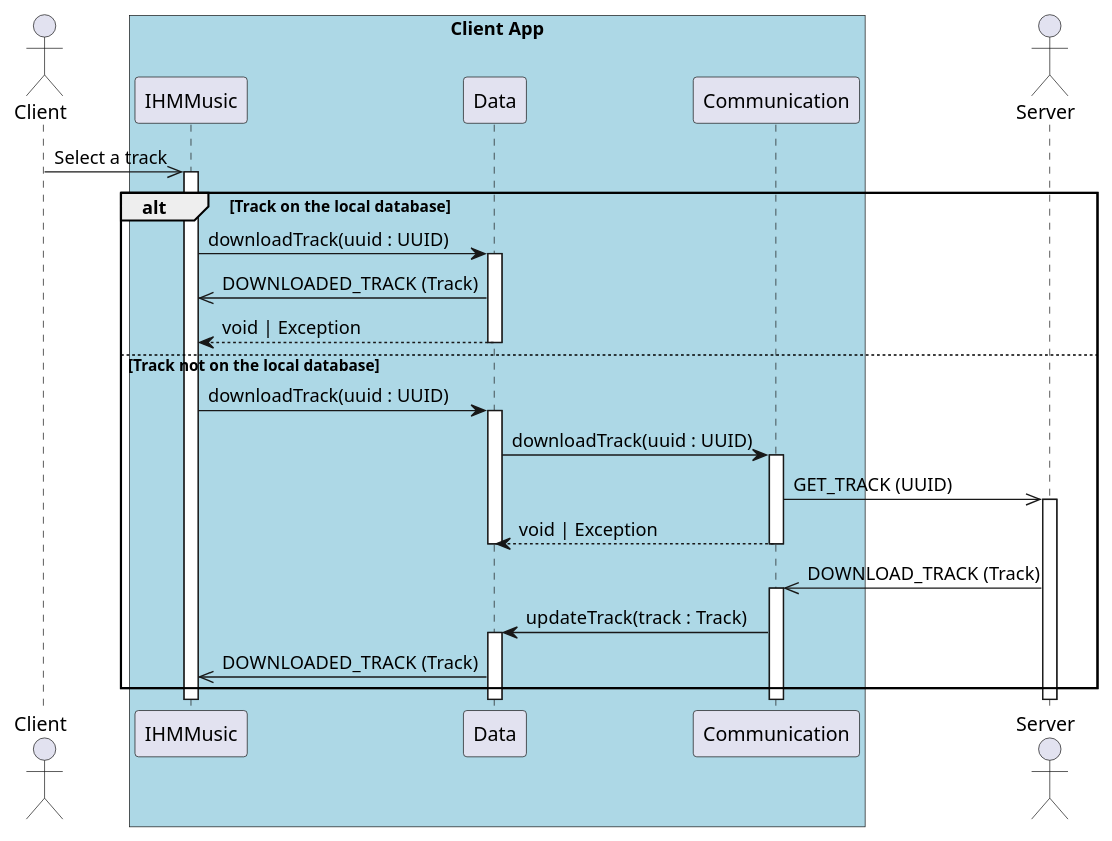
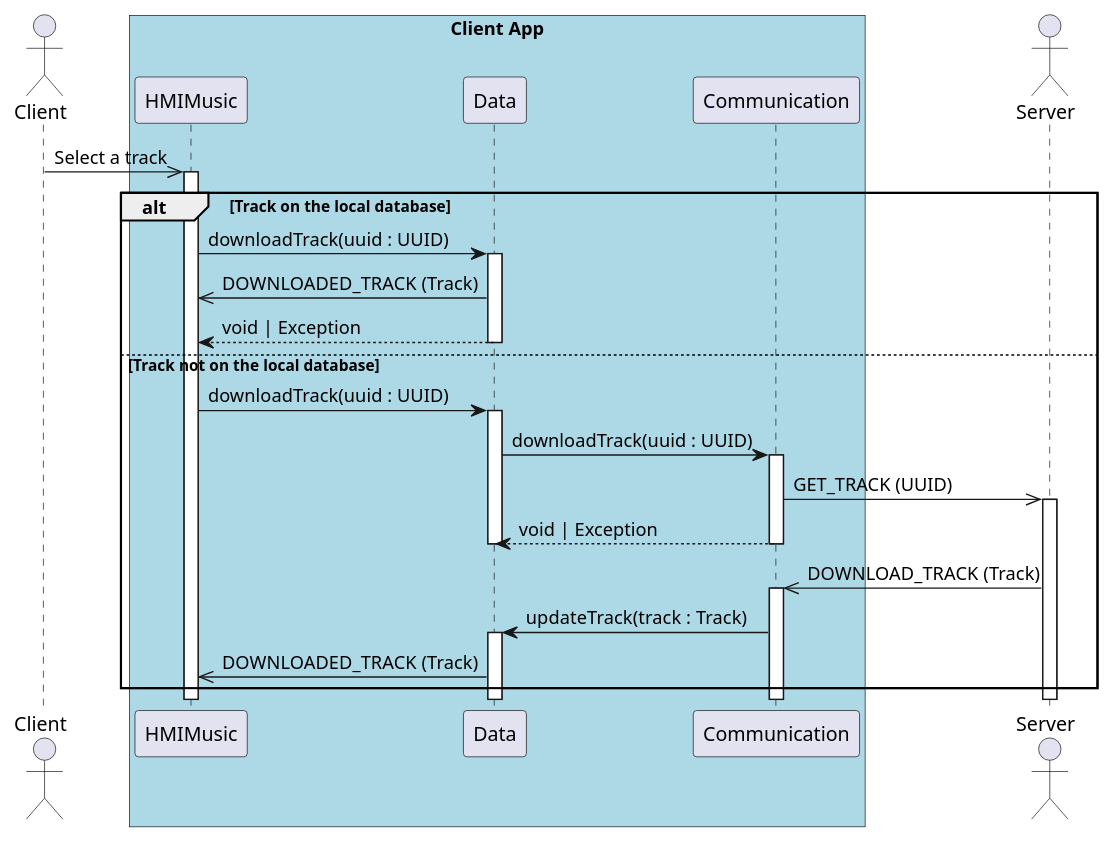
The diagram in sequence/3.1.listen_music_client.puml (UTCAI12/Diagrams), drawn with PlantUML before and after one commit. The commit also changed 5 other files, not shown here.

```diff
--- a/sequence/3.1.listen_music_client.puml
+++ b/sequence/3.1.listen_music_client.puml
@@ -1,32 +1,32 @@
 @startuml 3.1 User select a track to start listening (client)
 actor Client
 box "Client App" #LightBlue
-    participant IHMMusic
+    participant HMIMusic
     participant Data
     participant Communication
 end box
 
 actor Server 
 
-Client ->> IHMMusic++: Select a track
+Client ->> HMIMusic++: Select a track
 
 
 alt Track on the local database
-    IHMMusic -> Data++: downloadTrack(uuid : UUID)
-    Data->>IHMMusic: DOWNLOADED_TRACK (Track)
+    HMIMusic -> Data++: downloadTrack(uuid : UUID)
+    Data->>HMIMusic: DOWNLOADED_TRACK (Track)
     return void | Exception
 
 else Track not on the local database 
-    IHMMusic -> Data++: downloadTrack(uuid : UUID)
+    HMIMusic -> Data++: downloadTrack(uuid : UUID)
     Data -> Communication++: downloadTrack(uuid : UUID)
     Communication ->> Server++: GET_TRACK (UUID)
     Communication --> Data: void | Exception
     deactivate Data
     deactivate Communication
 
     Server ->> Communication++: DOWNLOAD_TRACK (Track) 
     Communication -> Data++: updateTrack(track : Track)
-    Data->>IHMMusic: DOWNLOADED_TRACK (Track) 
+    Data->>HMIMusic: DOWNLOADED_TRACK (Track) 
 end 
 
 @enduml
```
